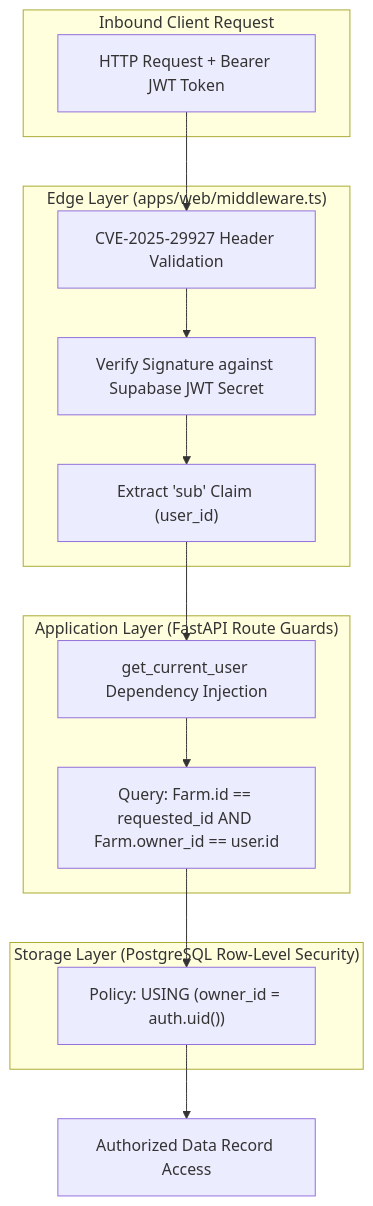
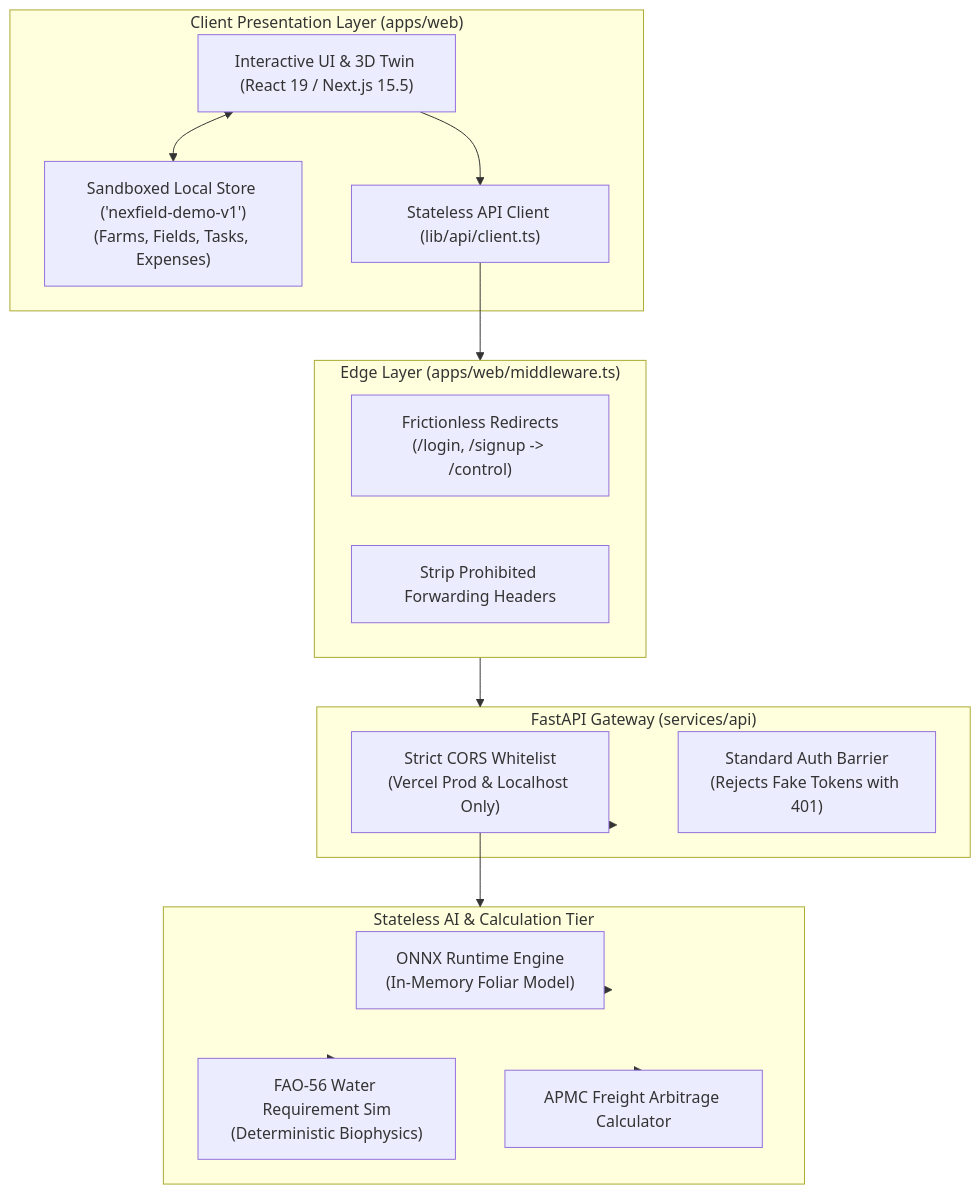
One commit to TanishBane/Nexfield changed the diagram in docs/SECURITY.md. Above: the diagram before and after it, drawn with Mermaid. The commit also changed other lines of this file and 30 other files, not shown here.

Commit message:
fix(demo): complete Supabase removal, eliminate auth backdoors, fix CORS, and wire client persistence

````diff
--- a/docs/SECURITY.md
+++ b/docs/SECURITY.md
@@ -22,29 +24,34 @@
 ```mermaid
 flowchart TD
-    subgraph InboundRequest ["Inbound Client Request"]
-        Req["HTTP Request + Bearer JWT Token"]
+    subgraph Browser ["Client Presentation Layer (apps/web)"]
+        UI["Interactive UI & 3D Twin (React 19 / Next.js 15.5)"]
+        LocalStorage["Sandboxed Local Store ('nexfield-demo-v1')<br/>(Farms, Fields, Tasks, Expenses)"]
+        ClientAdapter["Stateless API Client (lib/api/client.ts)"]
     end
 
     subgraph EdgeGate ["Edge Layer (apps/web/middleware.ts)"]
-        CVE["CVE-2025-29927 Header Validation"]
-        JWTIssue["Verify Signature against Supabase JWT Secret"]
-        ClaimsCheck["Extract 'sub' Claim (user_id)"]
+        RouteRedirects["Frictionless Redirects<br/>(/login, /signup -> /control)"]
+        HeaderSecurity["Strip Prohibited Forwarding Headers"]
     end
 
-    subgraph AppGate ["Application Layer (FastAPI Route Guards)"]
-        UserDep["get_current_user Dependency Injection"]
-        OwnerCheck["Query: Farm.id == requested_id AND Farm.owner_id == user.id"]
+    subgraph BackendGateway ["FastAPI Gateway (services/api)"]
+        CORSSecurity["Strict CORS Whitelist<br/>(Vercel Prod & Localhost Only)"]
+        AuthBarrier["Standard Auth Barrier<br/>(Rejects Fake Tokens with 401)"]
     end
 
-    subgraph DBGate ["Storage Layer (PostgreSQL Row-Level Security)"]
-        RLS["Policy: USING (owner_id = auth.uid())"]
+    subgraph StatelessUtilities ["Stateless AI & Calculation Tier"]
+        ONNX["ONNX Runtime Engine<br/>(In-Memory Foliar Model)"]
+        TwinSim["FAO-56 Water Requirement Sim<br/>(Deterministic Biophysics)"]
+        MarketEngine["APMC Freight Arbitrage Calculator"]
     end
 
-    Req --> CVE
-    CVE --> JWTIssue
-    JWTIssue --> ClaimsCheck
-    ClaimsCheck --> UserDep
-    UserDep --> OwnerCheck
-    OwnerCheck --> RLS
-    RLS --> Record["Authorized Data Record Access"]
+    UI <--> LocalStorage
+    UI --> ClientAdapter
+    ClientAdapter --> EdgeGate
+    EdgeGate --> BackendGateway
+    BackendGateway --> CORSSecurity
+    CORSSecurity --> StatelessUtilities
+    StatelessUtilities --> ONNX
+    StatelessUtilities --> TwinSim
+    StatelessUtilities --> MarketEngine
 ```
````
